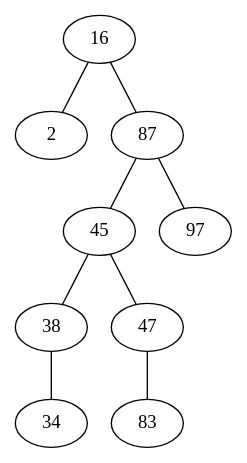
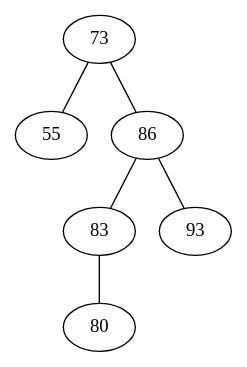
Before and after one commit to kevllino/Multithreading: the diagram in Main/main.dot, drawn with Graphviz. The commit also changed 12 other files, not shown here.

```diff
--- a/Main/main.dot
+++ b/Main/main.dot
@@ -1,10 +1,7 @@
 graph main {
-16 -- 2
-16 -- 87;
-87 -- 45
-87 -- 97;
-45 -- 38
-45 -- 47;
-38 -- 34
-47 -- 83;
+73 -- 55
+73 -- 86;
+86 -- 83
+86 -- 93;
+83 -- 80
 }
```
